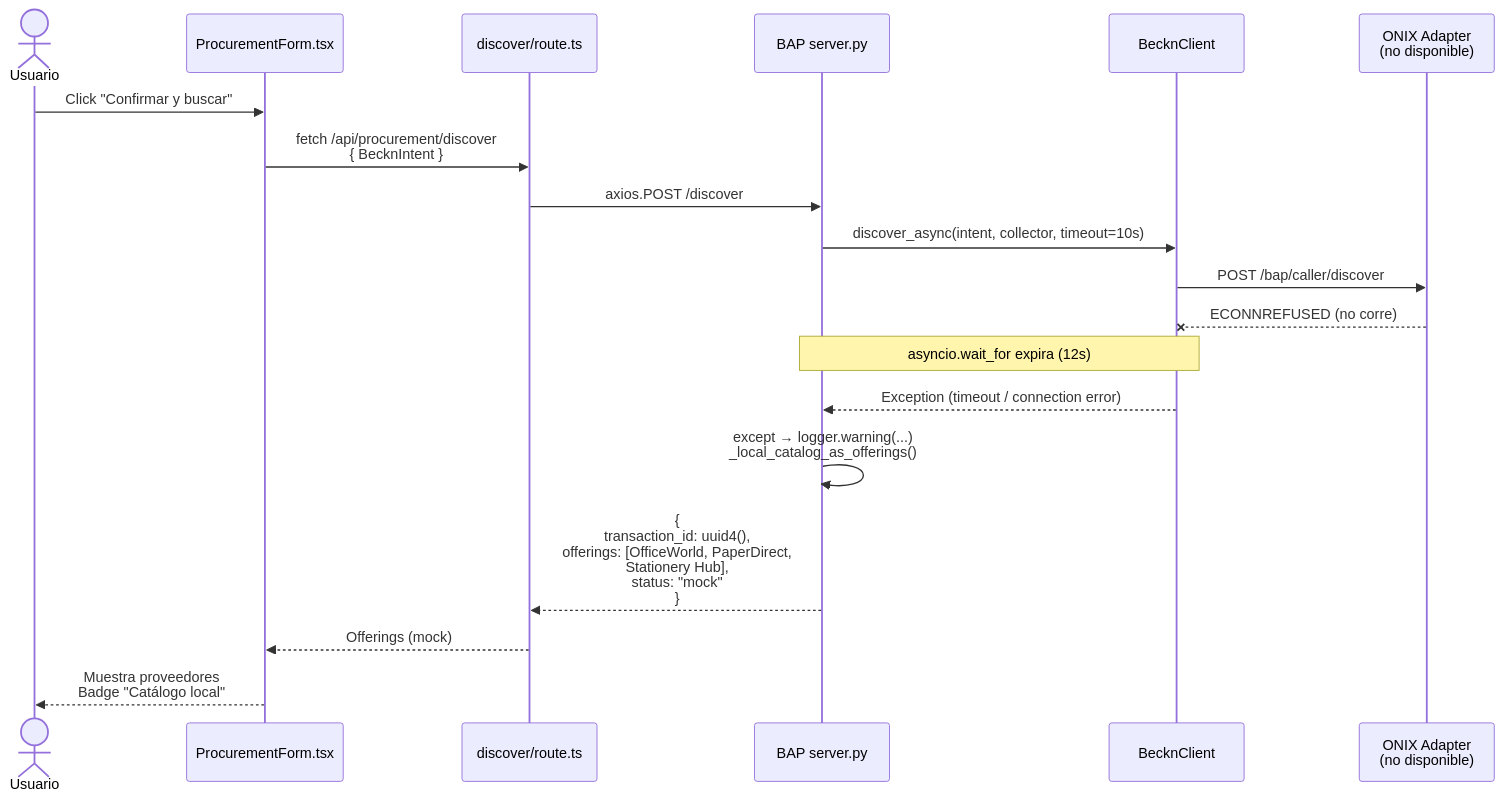
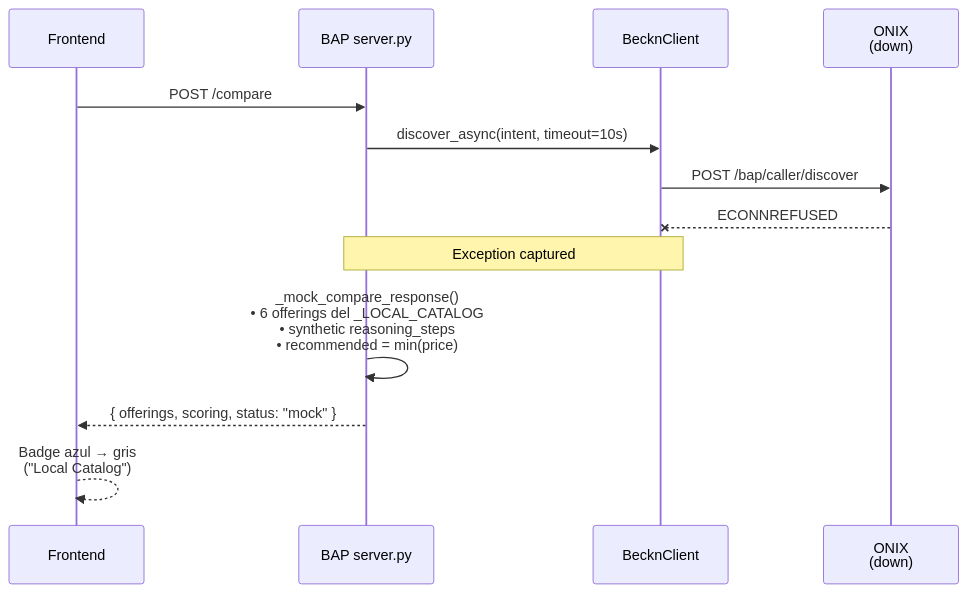
One commit to CARBAJE/Procurement-Agent changed the seventh of 8 diagrams in frontend/docs/sequence-diagrams.md. Above: the diagram before and after it, drawn with Mermaid. The commit also changed other lines of this file and 45 other files, not shown here.

Commit message:
feat: add provider comparison UI and full quote-to-order flow

````diff
--- a/frontend/docs/sequence-diagrams.md
+++ b/frontend/docs/sequence-diagrams.md
@@ -173,25 +286,18 @@
 ```mermaid
 sequenceDiagram
-    actor U as Usuario
-    participant PF as ProcurementForm.tsx
-    participant DR as discover/route.ts
+    participant CV as Frontend
     participant BAP as BAP server.py
     participant BC as BecknClient
-    participant ONIX as ONIX Adapter<br/>(no disponible)
+    participant ONIX as ONIX<br/>(down)
 
-    U->>PF: Click "Confirmar y buscar"
-    PF->>DR: fetch /api/procurement/discover<br/>{ BecknIntent }
-    DR->>BAP: axios.POST /discover
+    CV->>BAP: POST /compare
+    BAP->>BC: discover_async(intent, timeout=10s)
+    BC->>ONIX: POST /bap/caller/discover
+    ONIX--xBC: ECONNREFUSED
 
-    BAP->>BC: discover_async(intent, collector, timeout=10s)
-    BC->>ONIX: POST /bap/caller/discover
-    ONIX--xBC: ECONNREFUSED (no corre)
+    Note over BC,BAP: Exception captured
 
-    Note over BC,BAP: asyncio.wait_for expira (12s)
-
-    BC-->>BAP: Exception (timeout / connection error)
-    BAP->>BAP: except → logger.warning(...)<br/>_local_catalog_as_offerings()
-    BAP-->>DR: {<br/>  transaction_id: uuid4(),<br/>  offerings: [OfficeWorld, PaperDirect,<br/>              Stationery Hub],<br/>  status: "mock"<br/>}
-    DR-->>PF: Offerings (mock)
-    PF-->>U: Muestra proveedores<br/>Badge "Catálogo local"
+    BAP->>BAP: _mock_compare_response()<br/>• 6 offerings del _LOCAL_CATALOG<br/>• synthetic reasoning_steps<br/>• recommended = min(price)
+    BAP-->>CV: { offerings, scoring, status: "mock" }
+    CV-->>CV: Badge azul → gris<br/>("Local Catalog")
 ```
````
